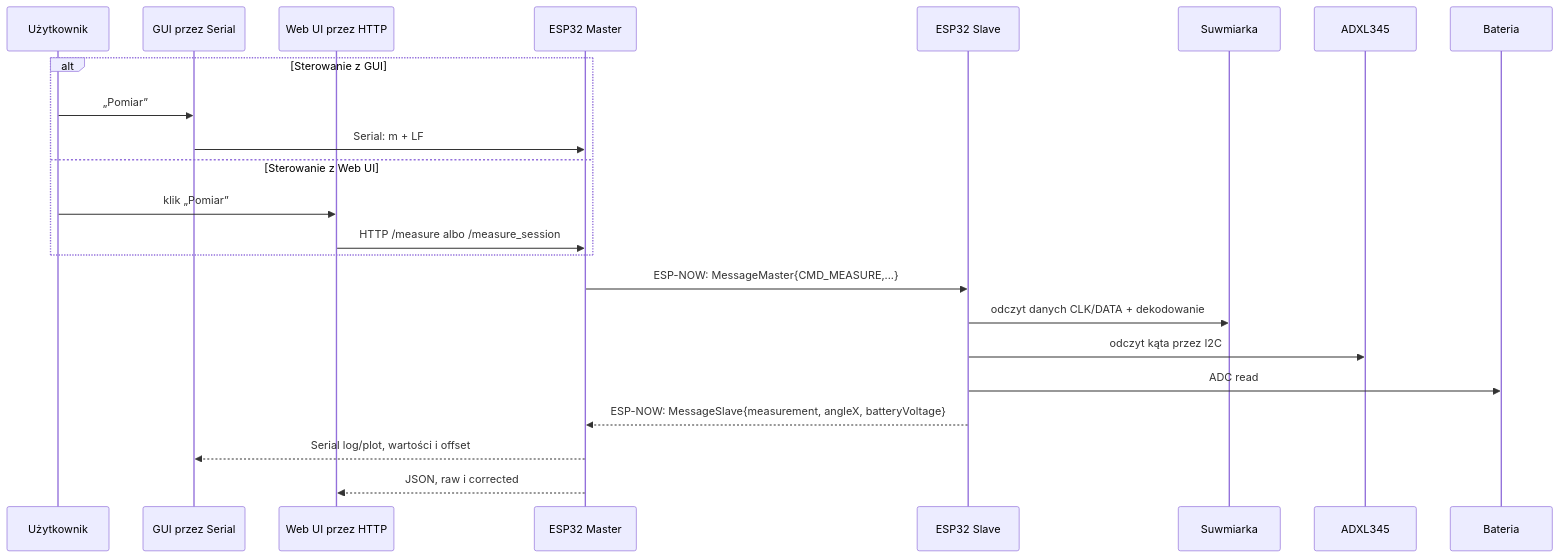
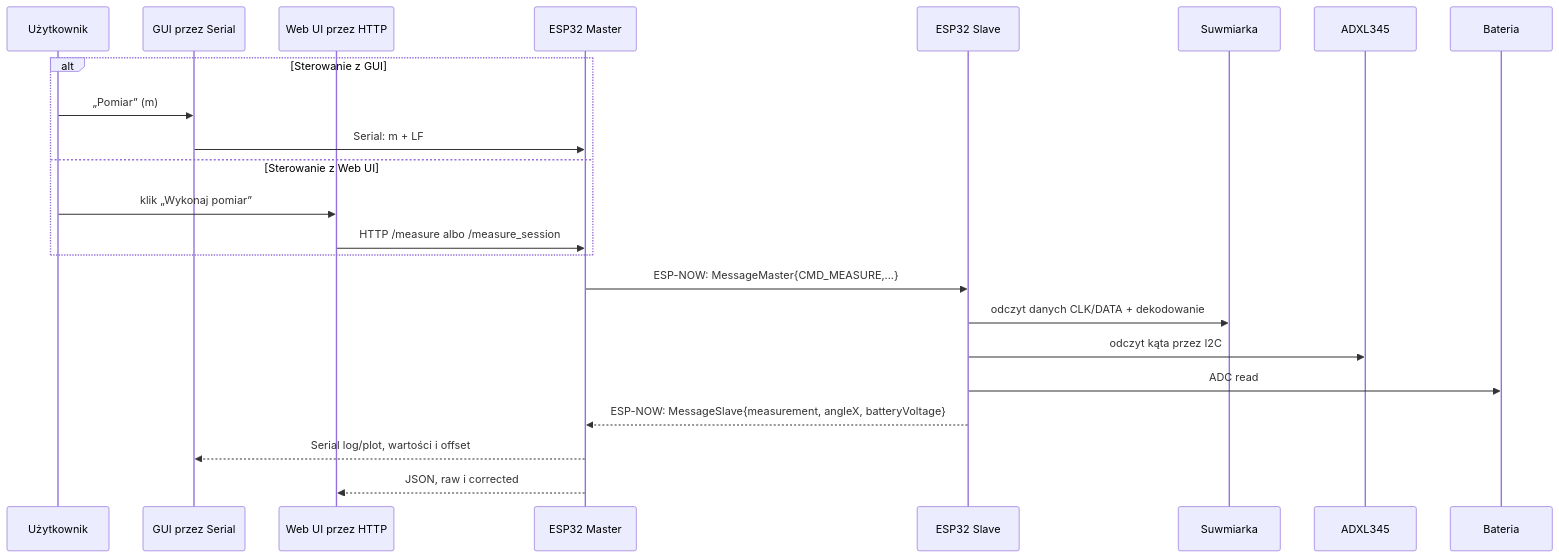
One commit to ciupakt/caliper changed the second of 3 diagrams in README.md. Above: the diagram before and after it, drawn with Mermaid. The commit also changed other lines of this file and 9 other files, not shown here.

````diff
--- a/README.md
+++ b/README.md
@@ -64,27 +104,27 @@
 ```mermaid
 sequenceDiagram
     participant U as Użytkownik
     participant GUI as GUI przez Serial
     participant WEB as Web UI przez HTTP
     participant M as ESP32 Master
     participant S as ESP32 Slave
     participant CAL as Suwmiarka
     participant ACC as ADXL345
     participant BAT as Bateria
 
     alt Sterowanie z GUI
-        U->>GUI: „Pomiar”
+        U->>GUI: „Pomiar” (m)
         GUI->>M: Serial: m + LF
     else Sterowanie z Web UI
-        U->>WEB: klik „Pomiar”
+        U->>WEB: klik „Wykonaj pomiar”
         WEB->>M: HTTP /measure albo /measure_session
     end
 
     M->>S: ESP-NOW: MessageMaster{CMD_MEASURE,...}
     S->>CAL: odczyt danych CLK/DATA + dekodowanie
     S->>ACC: odczyt kąta przez I2C
     S->>BAT: ADC read
     S-->>M: ESP-NOW: MessageSlave{measurement, angleX, batteryVoltage}
     M-->>GUI: Serial log/plot, wartości i offset
     M-->>WEB: JSON, raw i corrected
 ```
````
